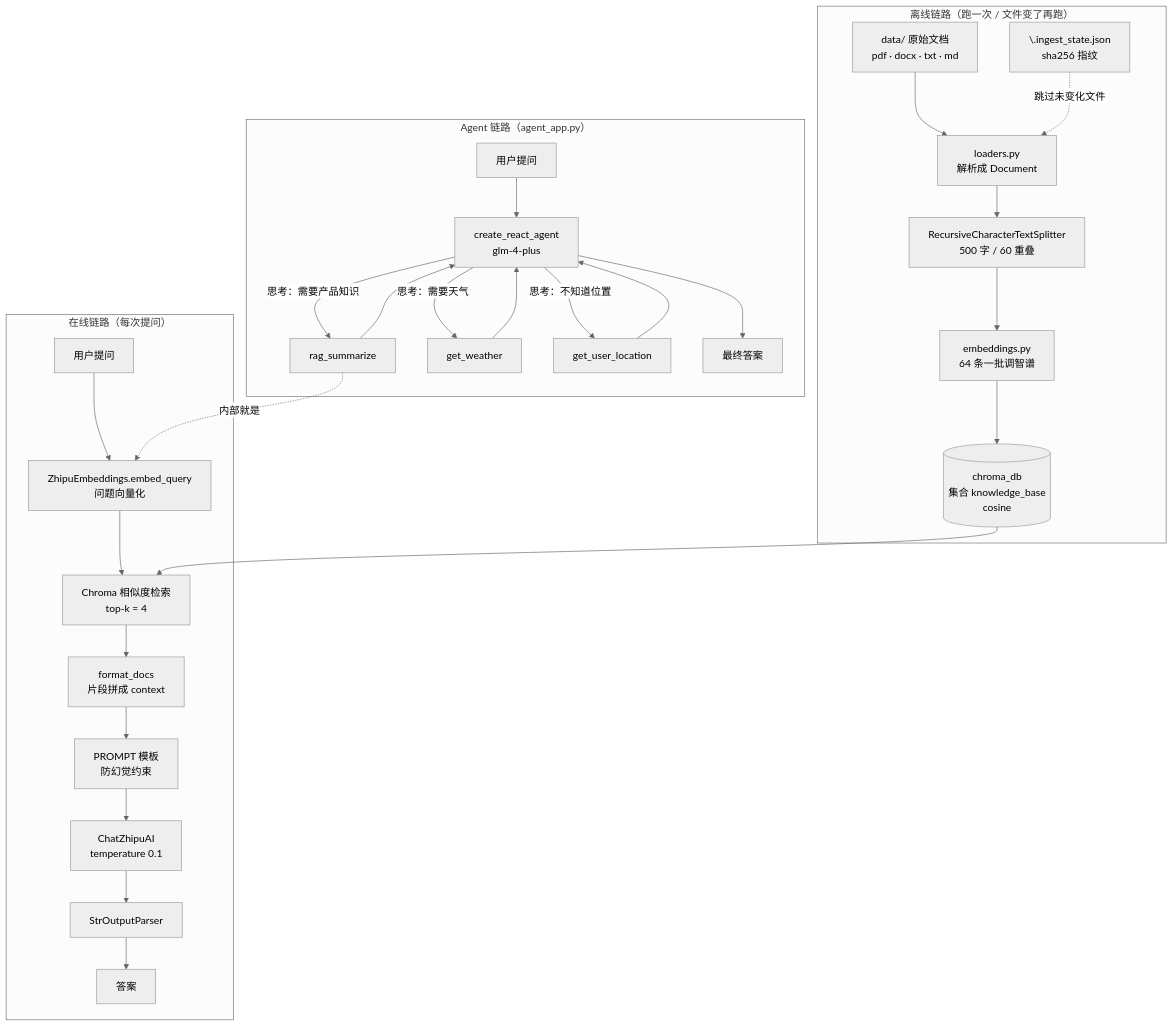
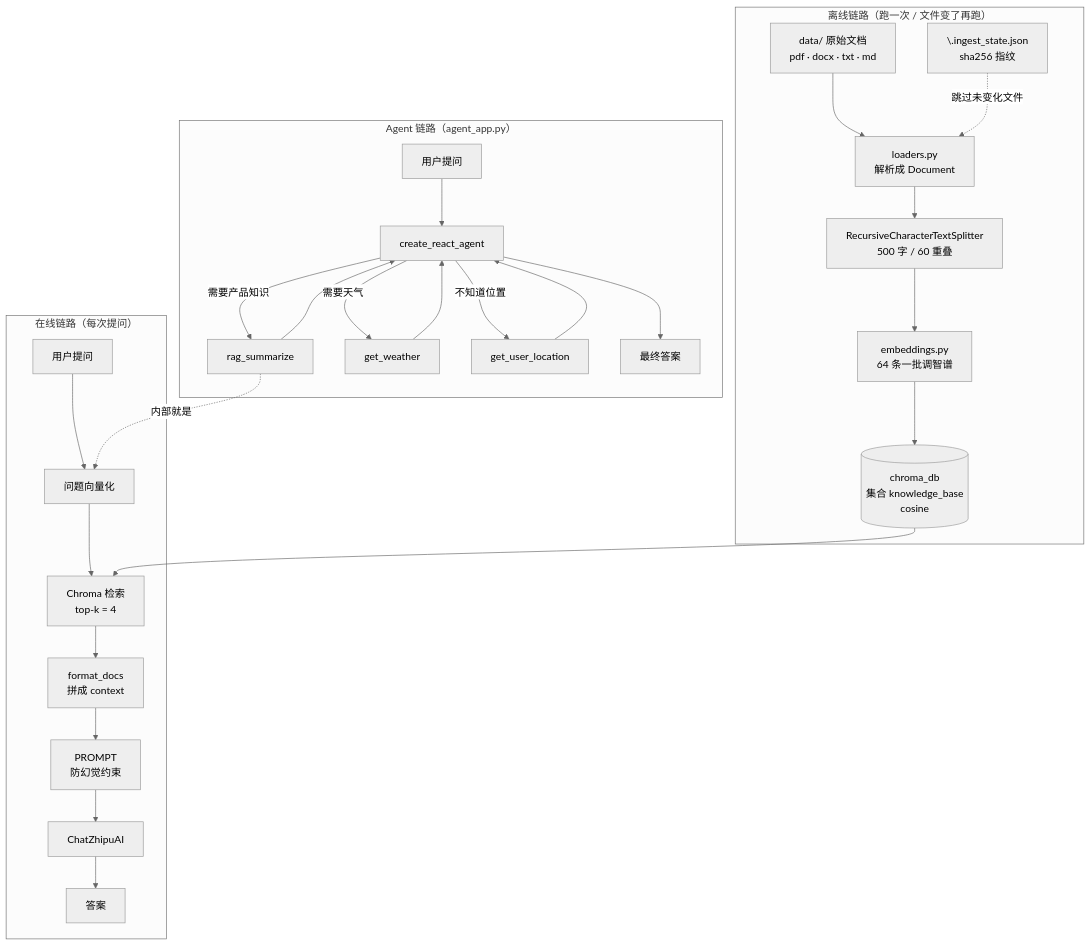
Before and after one commit to zhangyawuzhuaneed/rag-agent-demo: the diagram in docs/项目架构与新人学习指南.md, drawn with Mermaid (neutral theme). The commit also changed other lines of this file and 21 other files, not shown here.

````diff
--- a/docs/项目架构与新人学习指南.md
+++ b/docs/项目架构与新人学习指南.md
@@ -80,37 +85,35 @@
 ```mermaid
 flowchart TB
     subgraph OFF["离线链路（跑一次 / 文件变了再跑）"]
         A1["data/ 原始文档<br/>pdf · docx · txt · md"]
         A2["loaders.py<br/>解析成 Document"]
         A3["RecursiveCharacterTextSplitter<br/>500 字 / 60 重叠"]
         A4["embeddings.py<br/>64 条一批调智谱"]
         A5[("chroma_db<br/>集合 knowledge_base<br/>cosine")]
         A1 --> A2 --> A3 --> A4 --> A5
         S1["\.ingest_state.json<br/>sha256 指纹"] -.->|"跳过未变化文件"| A2
     end
 
     subgraph ON["在线链路（每次提问）"]
-        Q["用户提问"] --> B1
-        B1["ZhipuEmbeddings.embed_query<br/>问题向量化"]
-        B1 --> B2["Chroma 相似度检索<br/>top-k = 4"]
-        B2 --> B3["format_docs<br/>片段拼成 context"]
-        B3 --> B4["PROMPT 模板<br/>防幻觉约束"]
-        B4 --> B5["ChatZhipuAI<br/>temperature 0.1"]
-        B5 --> B6["StrOutputParser"]
-        B6 --> ANS["答案"]
+        Q["用户提问"] --> B1["问题向量化"]
+        B1 --> B2["Chroma 检索<br/>top-k = 4"]
+        B2 --> B3["format_docs<br/>拼成 context"]
+        B3 --> B4["PROMPT<br/>防幻觉约束"]
+        B4 --> B5["ChatZhipuAI"]
+        B5 --> ANS["答案"]
     end
 
     A5 --> B2
 
     subgraph AG["Agent 链路（agent_app.py）"]
-        Q2["用户提问"] --> C1["create_react_agent<br/>glm-4-plus"]
-        C1 -->|"思考：需要产品知识"| T1["rag_summarize"]
-        C1 -->|"思考：需要天气"| T2["get_weather"]
-        C1 -->|"思考：不知道位置"| T3["get_user_location"]
+        Q2["用户提问"] --> C1["create_react_agent"]
+        C1 -->|"需要产品知识"| T1["rag_summarize"]
+        C1 -->|"需要天气"| T2["get_weather"]
+        C1 -->|"不知道位置"| T3["get_user_location"]
         T3 --> C1
         T2 --> C1
         T1 --> C1
         C1 --> ANS2["最终答案"]
         T1 -.->|"内部就是"| B1
     end
 ```
````
